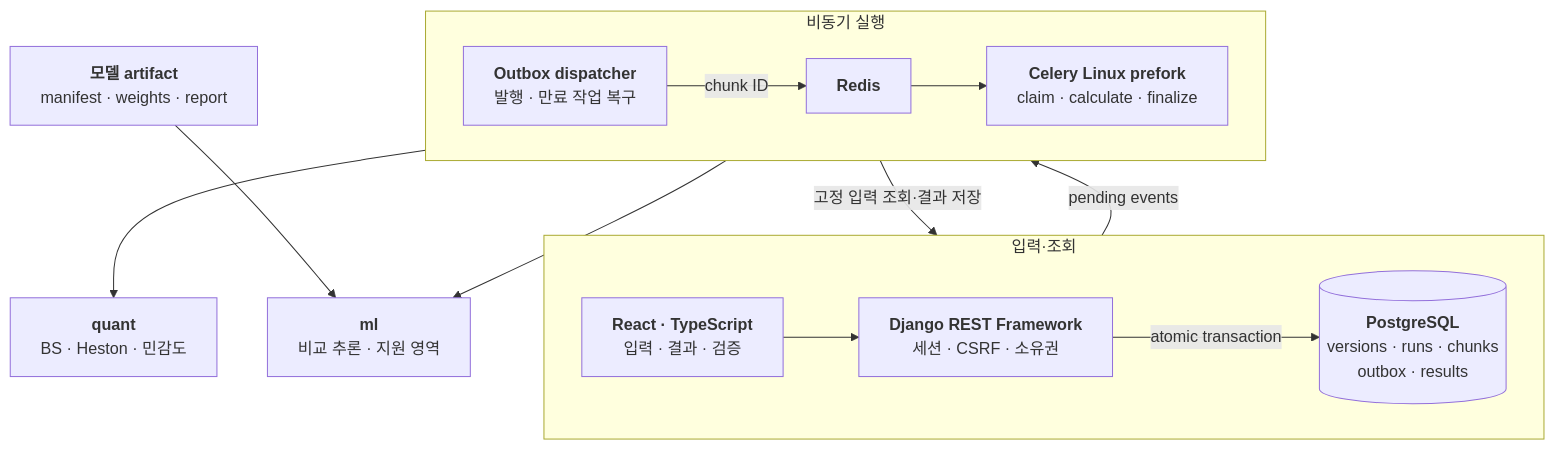
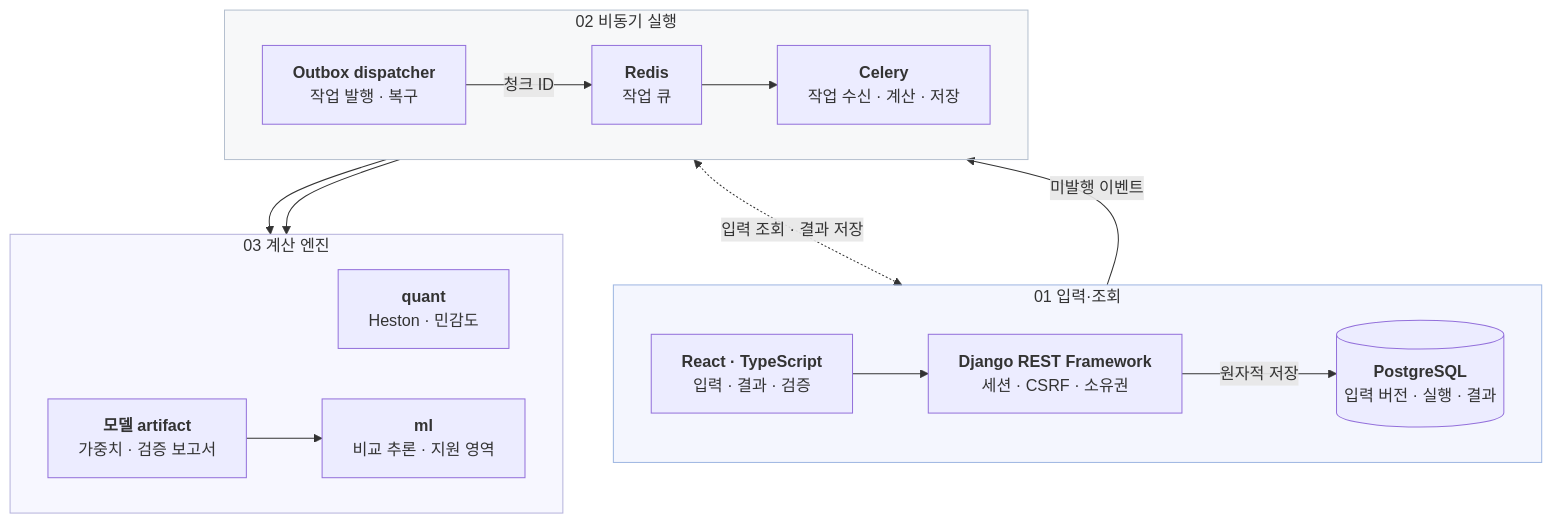
The diagram in README.md (limbj/option-risk-platform), drawn with Mermaid before and after one commit.

Commit message:
Clarify execution diagram stages and data access

````diff
--- a/README.md
+++ b/README.md
@@ -49,18 +49,28 @@
 ```mermaid
 flowchart TB
-    subgraph HTTP["입력·조회"]
+    subgraph HTTP["01 입력·조회"]
         direction LR
         UI["<b>React · TypeScript</b><br/>입력 · 결과 · 검증"] --> API["<b>Django REST Framework</b><br/>세션 · CSRF · 소유권"]
-        API -->|atomic transaction| DB[("<b>PostgreSQL</b><br/>versions · runs · chunks<br/>outbox · results")]
+        API -->|원자적 저장| DB[("<b>PostgreSQL</b><br/>입력 버전 · 실행 · 결과")]
     end
-    subgraph JOBS["비동기 실행"]
+    subgraph JOBS["02 비동기 실행"]
         direction LR
-        DIS["<b>Outbox dispatcher</b><br/>발행 · 만료 작업 복구"] -->|chunk ID| RED["<b>Redis</b>"]
-        RED --> WORK["<b>Celery Linux prefork</b><br/>claim · calculate · finalize"]
+        DIS["<b>Outbox dispatcher</b><br/>작업 발행 · 복구"] -->|청크 ID| RED["<b>Redis</b><br/>작업 큐"]
+        RED --> WORK["<b>Celery</b><br/>작업 수신 · 계산 · 저장"]
     end
-    DB -->|pending events| DIS
-    WORK -->|고정 입력 조회·결과 저장| DB
-    WORK --> QUANT["<b>quant</b><br/>BS · Heston · 민감도"]
-    WORK --> ML["<b>ml</b><br/>비교 추론 · 지원 영역"]
-    ART["<b>모델 artifact</b><br/>manifest · weights · report"] --> ML
+    subgraph ENGINE["03 계산 엔진"]
+        direction LR
+        QUANT["<b>quant</b><br/>Heston · 민감도"]
+        ML["<b>ml</b><br/>비교 추론 · 지원 영역"]
+        ART["<b>모델 artifact</b><br/>가중치 · 검증 보고서"] --> ML
+    end
+    DB -->|미발행 이벤트| DIS
+    WORK <-.->|입력 조회 · 결과 저장| DB
+    WORK --> QUANT
+    WORK --> ML
+    WORK ~~~ ART
+
+    style HTTP fill:#315ae80d,stroke:#9db6e2
+    style JOBS fill:#64748b0d,stroke:#b5c0cf
+    style ENGINE fill:#6366f10d,stroke:#b5b2dc
 ```
````
